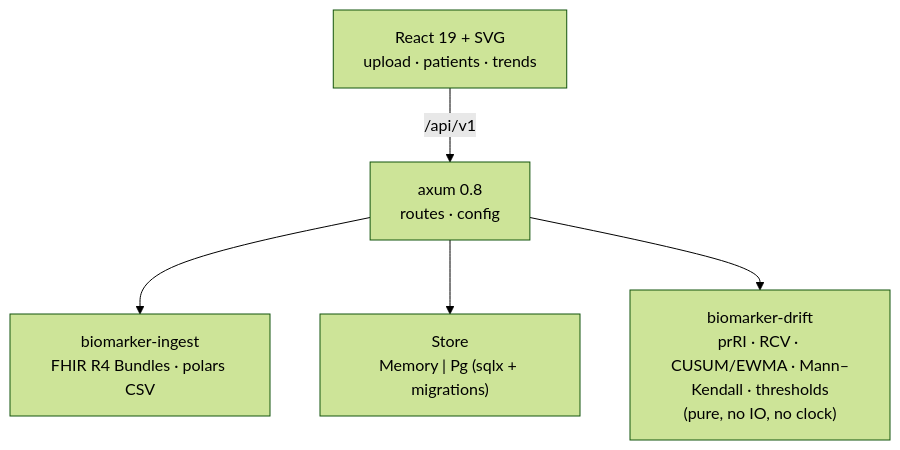
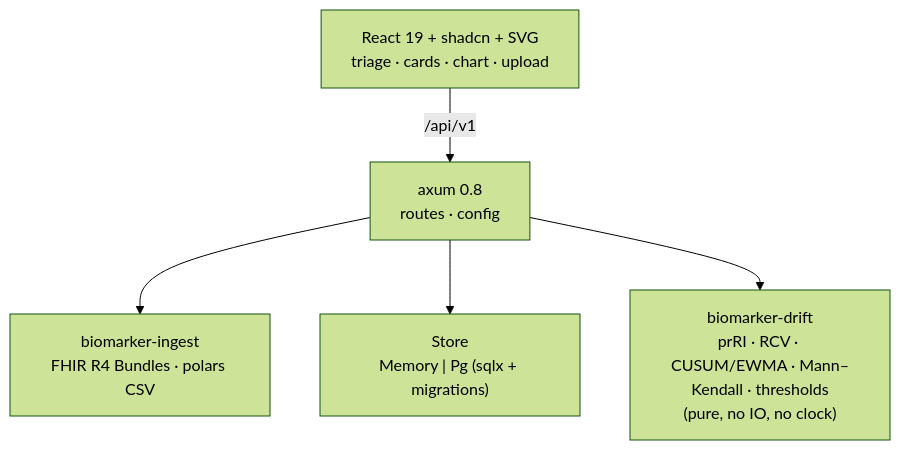
The diagram in README.md (akarales/biomarker-trend-analyzer), drawn with Mermaid (forest theme) before and after one commit. The commit also changed other lines of this file and 70 other files, not shown here.

First line of the commit message:
feat: clinician workspace with triage, chart v2 and WCAG 2.2 AA (v2 m4)

````diff
--- a/README.md
+++ b/README.md
@@ -57,7 +60,7 @@
 ```mermaid
 flowchart TD
-    FE["React 19 + SVG<br/>upload · patients · trends"] -->|"/api/v1"| API["axum 0.8<br/>routes · config"]
+    FE["React 19 + shadcn + SVG<br/>triage · cards · chart · upload"] -->|"/api/v1"| API["axum 0.8<br/>routes · config"]
     API --> ING["biomarker-ingest<br/>FHIR R4 Bundles · polars CSV"]
     API --> ST["Store<br/>Memory | Pg (sqlx + migrations)"]
     API --> DRIFT["biomarker-drift<br/>prRI · RCV · CUSUM/EWMA · Mann–Kendall · thresholds<br/>(pure, no IO, no clock)"]
 ```
````
